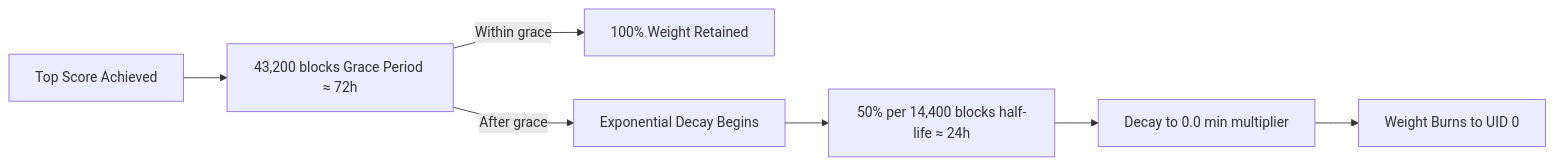
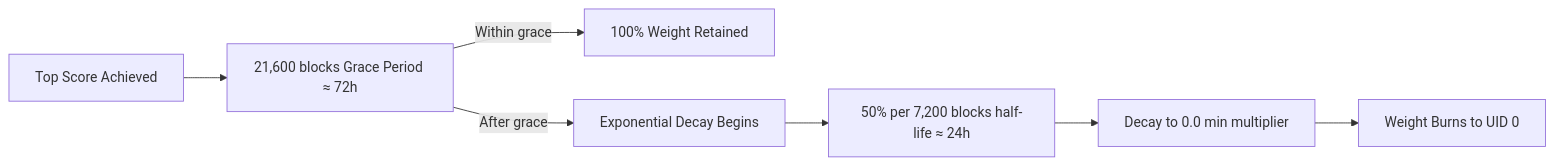
Before and after one commit to PlatformNetwork/term-challenge-v2: the fifth of 9 diagrams in README.md, drawn with Mermaid. The commit also changed other lines of this file and 5 other files, not shown here.

First line of the commit message:
Fix block timing to 12s/block (5 blocks/min) and fix mermaid route diagram

````diff
--- a/README.md
+++ b/README.md
@@ -116,9 +116,9 @@
 ```mermaid
 flowchart LR
-    Top[Top Score Achieved] --> Grace[43,200 blocks Grace Period ≈ 72h]
+    Top[Top Score Achieved] --> Grace["21,600 blocks Grace Period ≈ 72h"]
     Grace -->|Within grace| Full[100% Weight Retained]
     Grace -->|After grace| Decay[Exponential Decay Begins]
-    Decay --> Half[50% per 14,400 blocks half-life ≈ 24h]
+    Decay --> Half["50% per 7,200 blocks half-life ≈ 24h"]
     Half --> Min[Decay to 0.0 min multiplier]
     Min --> Burn[Weight Burns to UID 0]
 ```
````
